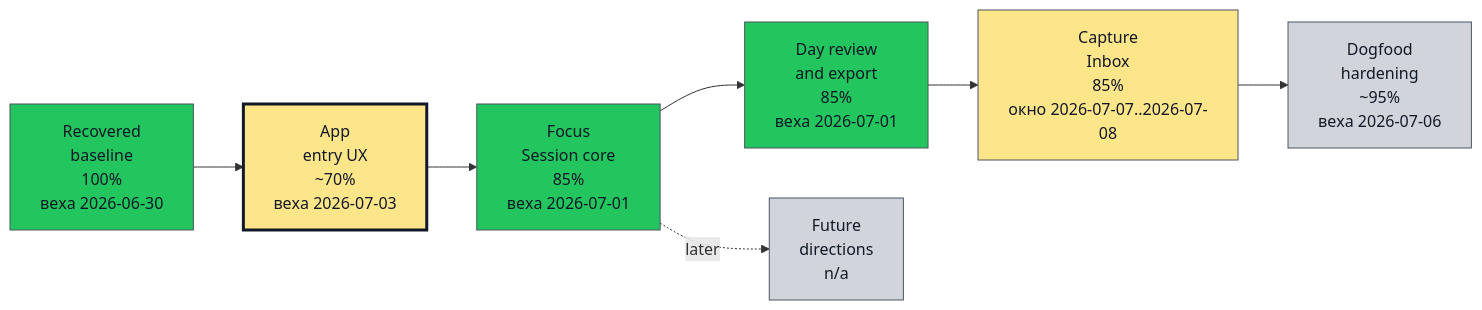
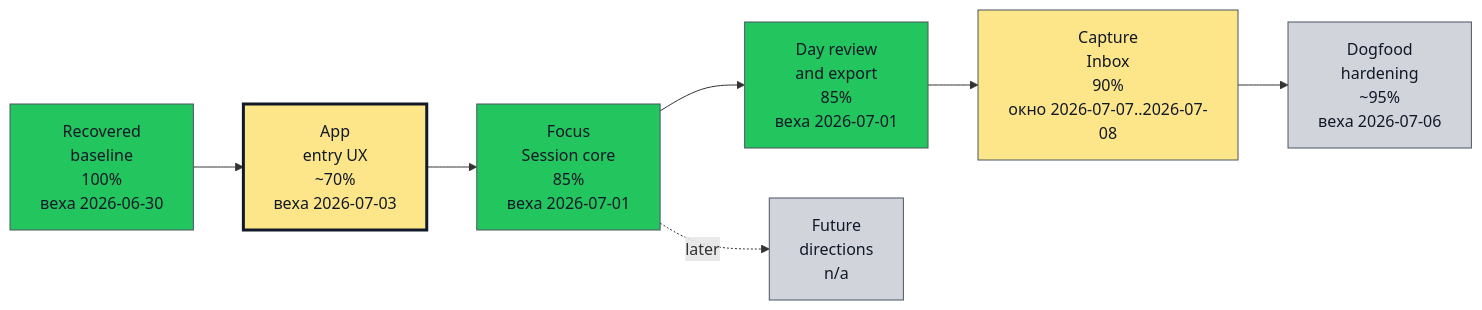
Before and after one commit to asukhodko/timeskein: the first of 2 diagrams in docs/roadmap/opskarta.md, drawn with Mermaid. The commit also changed other lines of this file and 12 other files, not shown here.

````diff
--- a/docs/roadmap/opskarta.md
+++ b/docs/roadmap/opskarta.md
@@ -19,35 +19,35 @@
 ```mermaid
 flowchart LR
 
     classDef exec_done fill:#22c55e,stroke:#4b5563,color:#111827,stroke-width:1px
     classDef exec_in_progress fill:#0ea5e9,stroke:#4b5563,color:#111827,stroke-width:1px
     classDef exec_blocked fill:#fecaca,stroke:#4b5563,color:#111827,stroke-width:1px
     classDef exec_not_started fill:#9ca3af,stroke:#4b5563,color:#111827,stroke-width:1px
     classDef exec_mgmt_green fill:#86efac,stroke:#4b5563,color:#111827,stroke-width:1px
     classDef exec_mgmt_yellow fill:#fde68a,stroke:#4b5563,color:#111827,stroke-width:1px
     classDef exec_mgmt_red fill:#fca5a5,stroke:#4b5563,color:#111827,stroke-width:1px
     classDef exec_mgmt_neutral fill:#d1d5db,stroke:#4b5563,color:#111827,stroke-width:1px
 
     recovered_baseline["Recovered<br/>baseline<br/>100%<br/>веха 2026-06-30"]
     class recovered_baseline exec_done
     app_entry_ux["App<br/>entry UX<br/>~70%<br/>веха 2026-07-03"]
     class app_entry_ux exec_mgmt_yellow
     style app_entry_ux stroke:#111827,stroke-width:3px
     focus_session_core["Focus<br/>Session core<br/>85%<br/>веха 2026-07-01"]
     class focus_session_core exec_done
     day_review_export["Day review<br/>and export<br/>85%<br/>веха 2026-07-01"]
     class day_review_export exec_done
-    capture_inbox["Capture<br/>Inbox<br/>85%<br/>окно 2026-07-07..2026-07-08"]
+    capture_inbox["Capture<br/>Inbox<br/>90%<br/>окно 2026-07-07..2026-07-08"]
     class capture_inbox exec_mgmt_yellow
     dogfood_hardening["Dogfood<br/>hardening<br/>~95%<br/>веха 2026-07-06"]
     class dogfood_hardening exec_mgmt_neutral
     future_directions["Future<br/>directions<br/>n/a"]
     class future_directions exec_mgmt_neutral
 
     recovered_baseline --> app_entry_ux
     app_entry_ux --> focus_session_core
     focus_session_core --> day_review_export
     day_review_export --> capture_inbox
     capture_inbox --> dogfood_hardening
     focus_session_core -. later .-> future_directions
 ```
````
